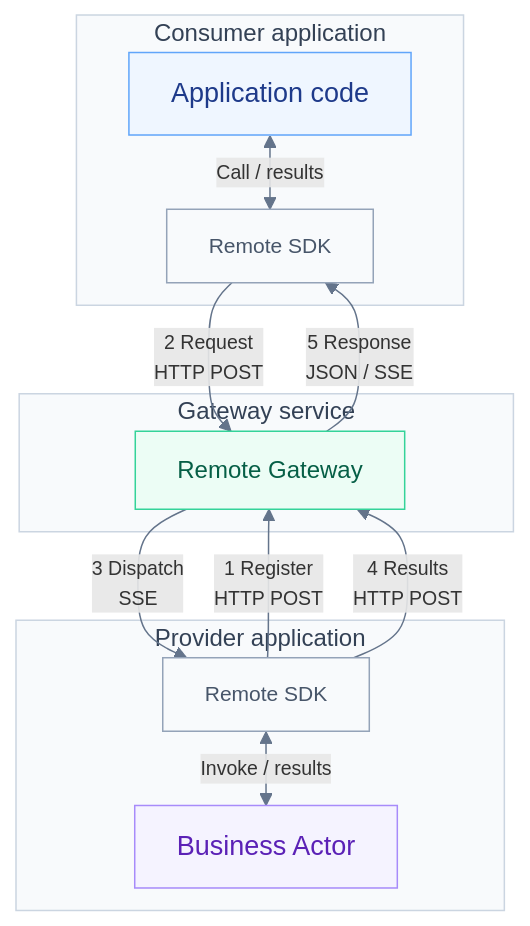
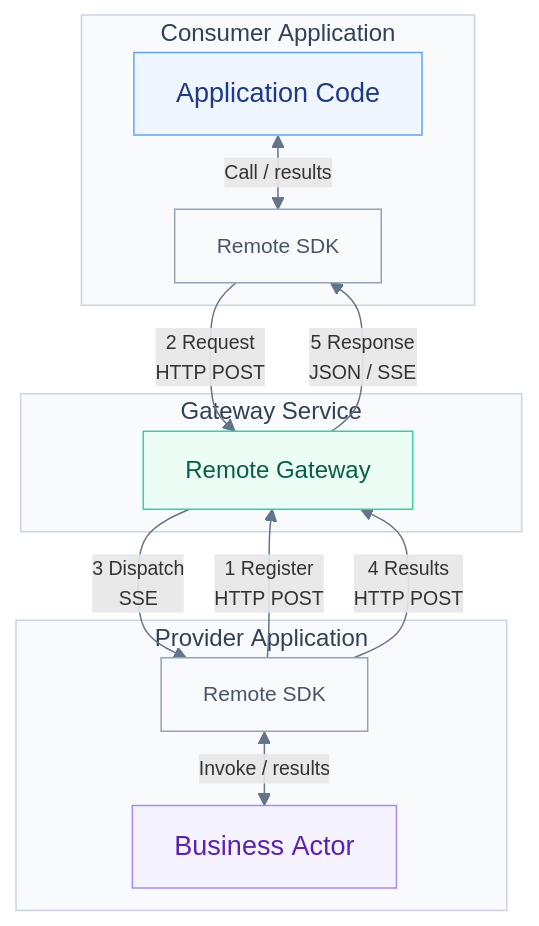
The diagram in remote/README.md (go-aie/actorx-dist), drawn with Mermaid before and after one commit. The commit also changed 1 other file, not shown here.

Commit message:
docs(remote): refine architecture diagram labels

````diff
--- a/remote/README.md
+++ b/remote/README.md
@@ -13,36 +13,36 @@
 ```mermaid
 %%{init: {"flowchart": {"rankSpacing": 30, "padding": 14, "subGraphTitleMargin": {"top": 0, "bottom": 10}}}}%%
 flowchart TB
-    subgraph consumer["Consumer application"]
-        B["Application code"]
-        C["Remote SDK"]
+    subgraph consumer["Consumer#160;Application"]
+        B["Application#160;Code"]
+        C["Remote#160;SDK"]
     end
-    subgraph backend["Gateway service"]
-        G["Remote Gateway"]
+    subgraph backend["Gateway#160;Service"]
+        G["Remote#160;Gateway"]
     end
-    subgraph provider["Provider application"]
-        P["Remote SDK"]
-        A["Business Actor"]
+    subgraph provider["Provider#160;Application"]
+        P["Remote#160;SDK"]
+        A["Business#160;Actor"]
     end
 
-    B <-->|"Call / results"| C
-    C -->|"2 Request<br/>HTTP POST"| G
-    G -->|"3 Dispatch<br/>SSE"| P
-    P <-->|"Invoke / results"| A
-    G -->|"5 Response<br/>JSON / SSE"| C
-    P -->|"1 Register<br/>HTTP POST"| G
-    P -->|"4 Results<br/>HTTP POST"| G
+    B <-->|"Call#160;/#160;results"| C
+    C -->|"2#160;Request<br/>HTTP#160;POST"| G
+    G -->|"3#160;Dispatch<br/>SSE"| P
+    P <-->|"Invoke#160;/#160;results"| A
+    G -->|"5#160;Response<br/>JSON#160;/#160;SSE"| C
+    P -->|"1#160;Register<br/>HTTP#160;POST"| G
+    P -->|"4#160;Results<br/>HTTP#160;POST"| G
 
     classDef application fill:#eff6ff,stroke:#60a5fa,color:#1e3a8a,font-size:18px
     classDef sdk fill:#f8fafc,stroke:#94a3b8,color:#475569,font-size:14px
     classDef gateway fill:#ecfdf5,stroke:#34d399,color:#065f46,font-size:16px
     classDef actor fill:#f5f3ff,stroke:#a78bfa,color:#5b21b6,font-size:18px
     class B application
     class C,P sdk
     class G gateway
     class A actor
     style consumer fill:#f8fafc,stroke:#cbd5e1,color:#334155
     style backend fill:#f8fafc,stroke:#cbd5e1,color:#334155
     style provider fill:#f8fafc,stroke:#cbd5e1,color:#334155
     linkStyle default stroke:#64748b,font-size:13px
 ```
````
